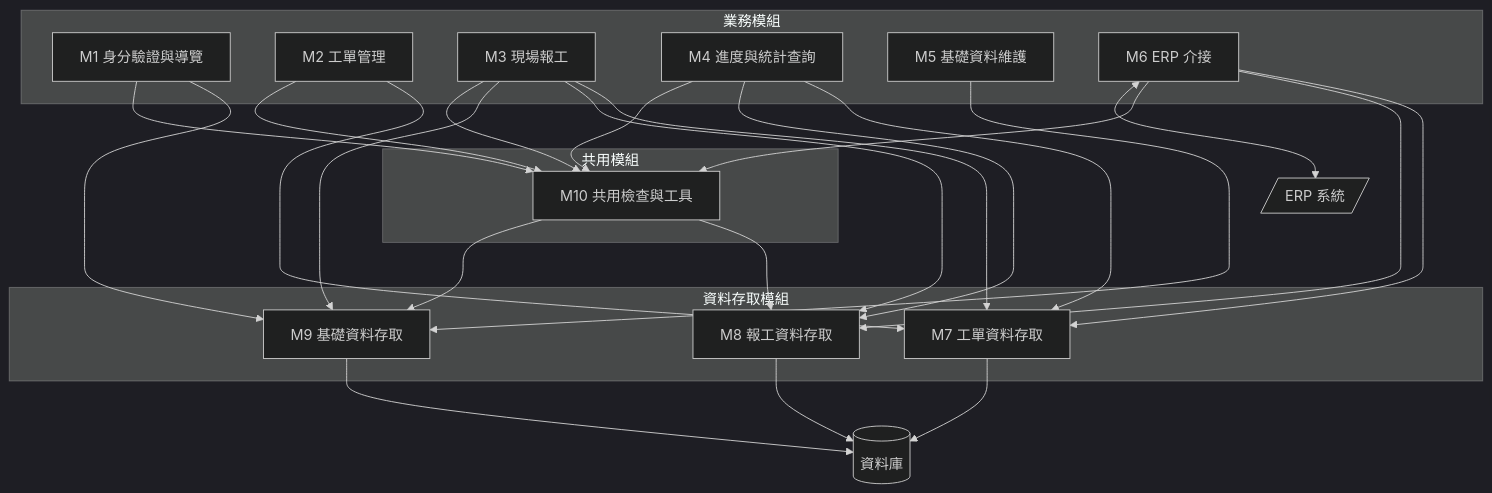
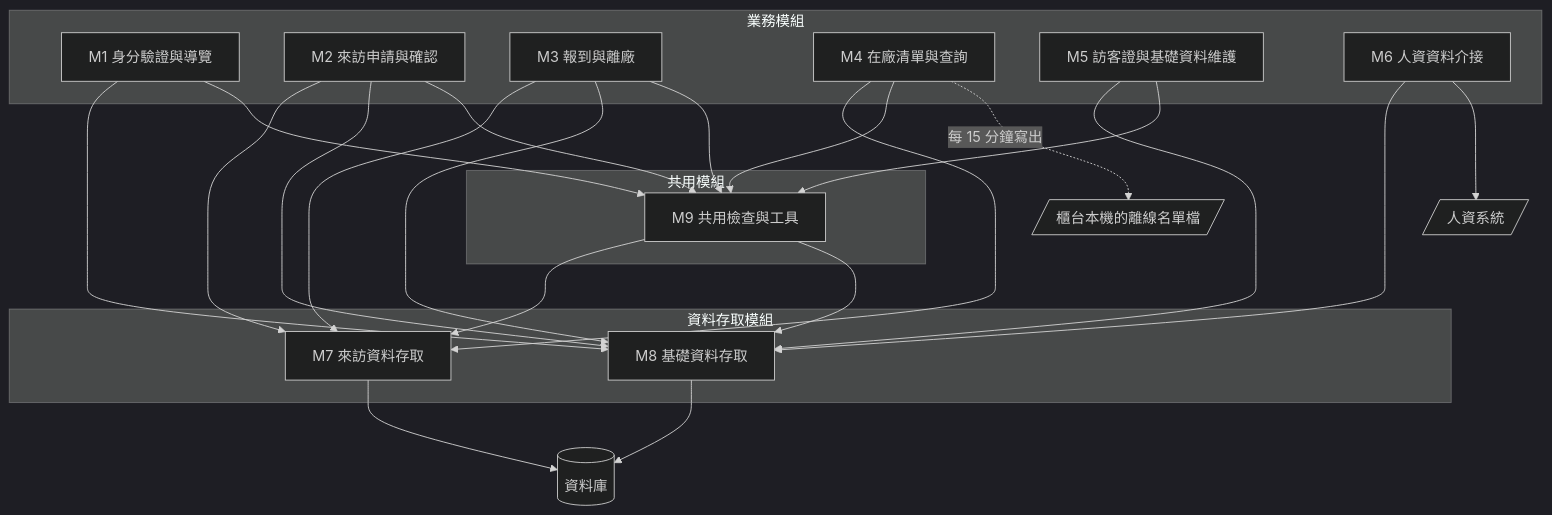
The first of 9 diagrams in 03-example-reports/Design-Phase-Deliverables.md (billy1125/system-analysis-and-design), drawn with Mermaid (dark theme) before and after one commit. The commit also changed other lines of this file and 30 other files, not shown here.

````diff
--- a/03-example-reports/Design-Phase-Deliverables.md
+++ b/03-example-reports/Design-Phase-Deliverables.md
@@ -367,48 +377,46 @@
 ```mermaid
 flowchart TB
     subgraph BIZ[業務模組]
         M1[M1 身分驗證與導覽]
-        M2[M2 工單管理]
-        M3[M3 現場報工]
-        M4[M4 進度與統計查詢]
-        M5[M5 基礎資料維護]
-        M6[M6 ERP 介接]
+        M2[M2 來訪申請與確認]
+        M3[M3 報到與離廠]
+        M4[M4 在廠清單與查詢]
+        M5[M5 訪客證與基礎資料維護]
+        M6[M6 人資資料介接]
     end
 
     subgraph SHARED[共用模組]
-        M10[M10 共用檢查與工具]
+        M9[M9 共用檢查與工具]
     end
 
     subgraph DATA[資料存取模組]
-        M7[M7 工單資料存取]
-        M8[M8 報工資料存取]
-        M9[M9 基礎資料存取]
+        M7[M7 來訪資料存取]
+        M8[M8 基礎資料存取]
     end
 
     DB[(資料庫)]
-    ERP[/ERP 系統/]
+    HR[/人資系統/]
+    LF[/櫃台本機的離線名單檔/]
 
+    M1 --> M8
     M1 --> M9
-    M1 --> M10
     M2 --> M7
-    M2 --> M10
+    M2 --> M8
+    M2 --> M9
     M3 --> M7
     M3 --> M8
     M3 --> M9
-    M3 --> M10
     M4 --> M7
-    M4 --> M8
-    M4 --> M10
+    M4 --> M9
+    M5 --> M8
     M5 --> M9
-    M6 --> M7
     M6 --> M8
-    M6 --> M10
 
-    M10 --> M8
-    M10 --> M9
+    M9 --> M7
+    M9 --> M8
 
     M7 --> DB
     M8 --> DB
-    M9 --> DB
-    M6 <--> ERP
+    M6 --> HR
+    M4 -.每 15 分鐘寫出.-> LF
 ```
````
